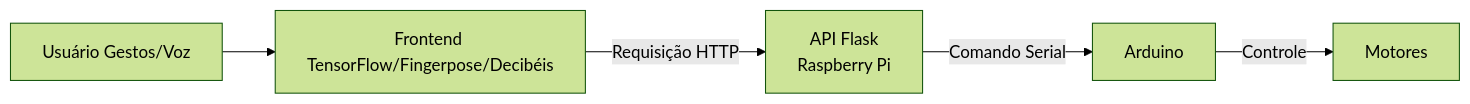
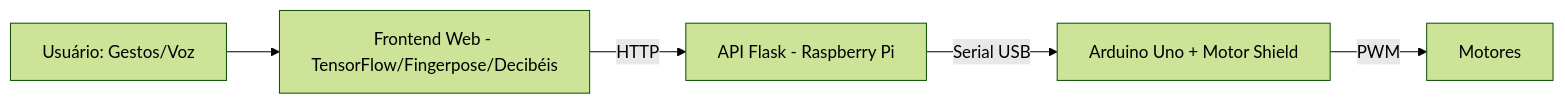
The diagram in README.md (MateuxLucax/tralala-vrumvrumvrum), drawn with Mermaid (forest theme) before and after one commit. The commit also changed other lines of this file and 11 other files, not shown here.

````diff
--- a/README.md
+++ b/README.md
@@ -55,7 +68,7 @@
 ```mermaid
 flowchart LR
-    A[Usuário Gestos/Voz] --> B[Frontend TensorFlow/Fingerpose/Decibéis]
-    B -- Requisição HTTP --> C[API Flask<br/>Raspberry Pi]
-    C -- Comando Serial --> D[Arduino]
-    D -- Controle --> E[Motores]
+    A[Usuário: Gestos/Voz] --> B[Frontend Web - TensorFlow/Fingerpose/Decibéis]
+    B -- HTTP --> C[API Flask - Raspberry Pi]
+    C -- Serial USB --> D[Arduino Uno + Motor Shield]
+    D -- PWM --> E[Motores]
 ```
````
